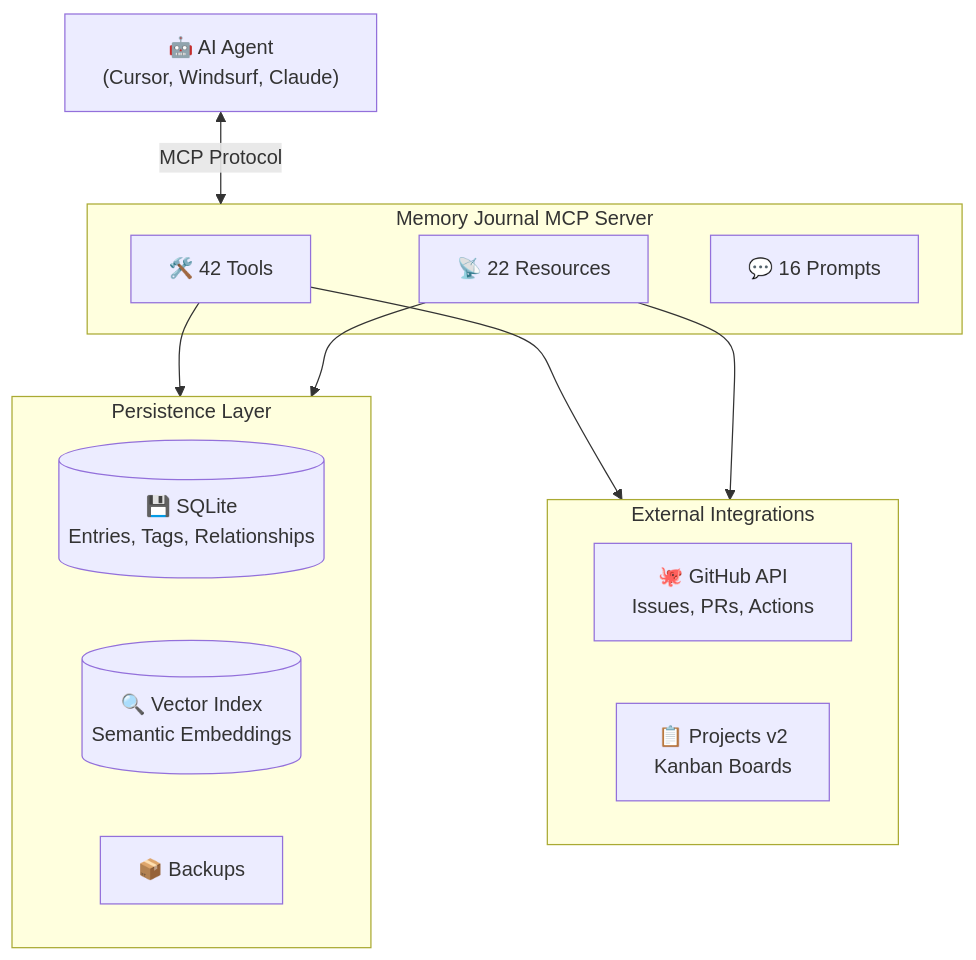
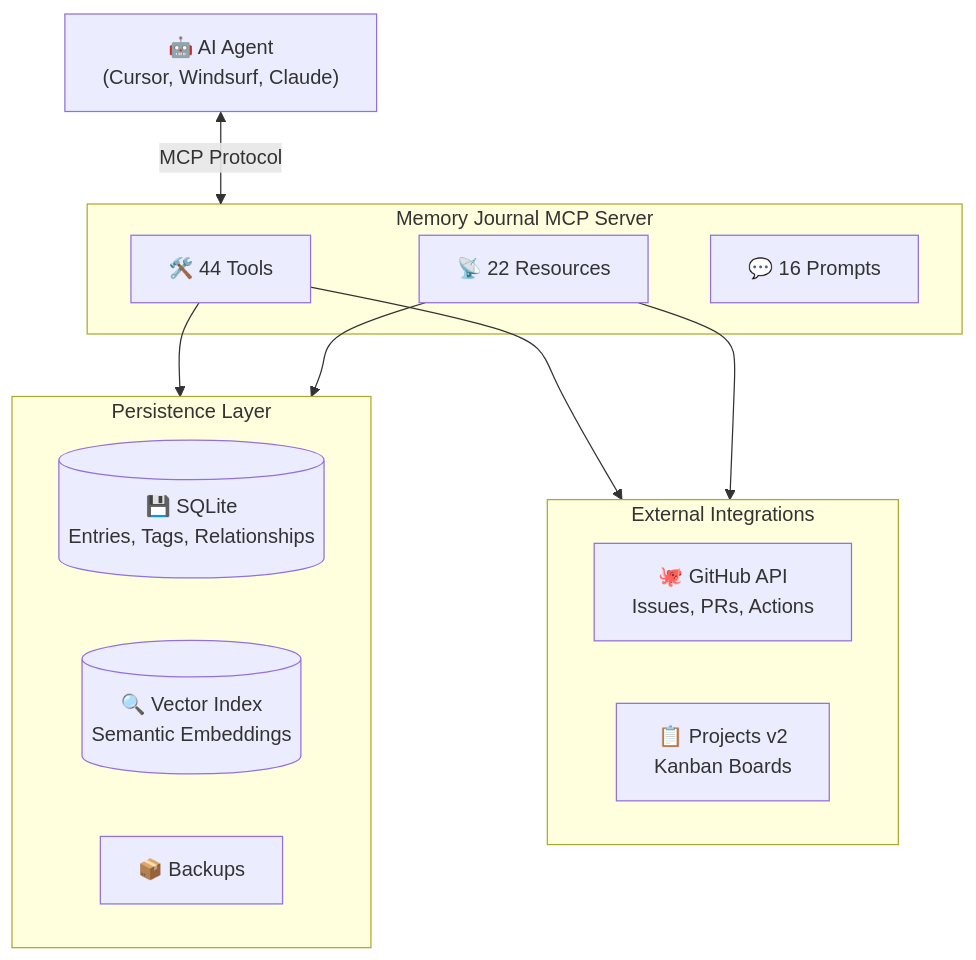
Before and after one commit to neverinfamous/memory-journal-mcp: the second of 2 diagrams in README.md, drawn with Mermaid. The commit also changed other lines of this file and 109 other files, not shown here.

````diff
--- a/README.md
+++ b/README.md
@@ -460,27 +536,27 @@
 ```mermaid
 flowchart TB
     AI["🤖 AI Agent<br/>(Cursor, Windsurf, Claude)"]
 
     subgraph MCP["Memory Journal MCP Server"]
-        Tools["🛠️ 42 Tools"]
+        Tools["🛠️ 44 Tools"]
         Resources["📡 22 Resources"]
         Prompts["💬 16 Prompts"]
     end
 
     subgraph Storage["Persistence Layer"]
         SQLite[("💾 SQLite<br/>Entries, Tags, Relationships")]
         Vector[("🔍 Vector Index<br/>Semantic Embeddings")]
         Backups["📦 Backups"]
     end
 
     subgraph External["External Integrations"]
         GitHub["🐙 GitHub API<br/>Issues, PRs, Actions"]
         Kanban["📋 Projects v2<br/>Kanban Boards"]
     end
 
     AI <-->|"MCP Protocol"| MCP
     Tools --> Storage
     Tools --> External
     Resources --> Storage
     Resources --> External
 ```
````
